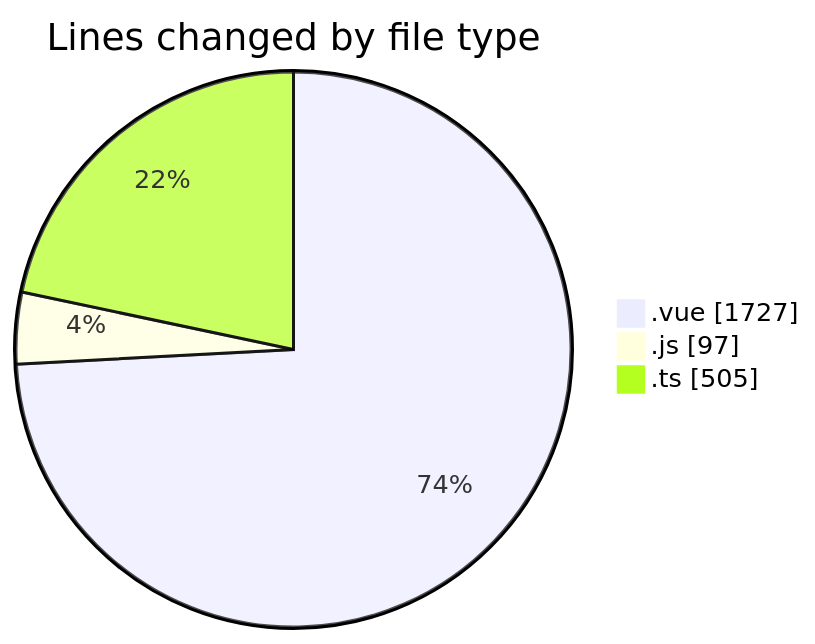
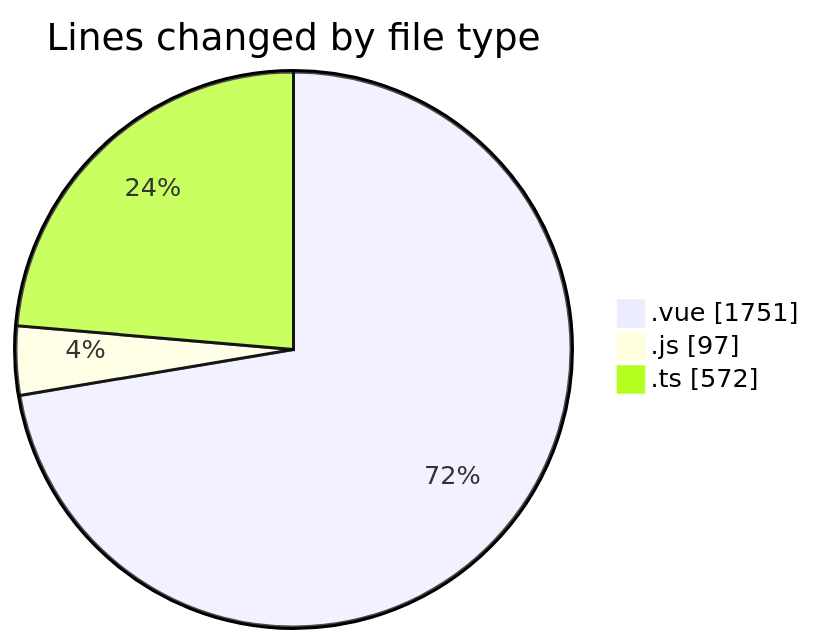
One commit to lephambinh05/code-tracking changed the first of 2 diagrams in 2025-08-12/rentotp/README.md. Above: the diagram before and after it, drawn with Mermaid. The commit also changed other lines of this file and 1 other file, not shown here.

````diff
--- a/2025-08-12/rentotp/README.md
+++ b/2025-08-12/rentotp/README.md
@@ -30,7 +31,7 @@
 ```mermaid
 pie showData
 title Lines changed by file type
-".vue" : 1727
+".vue" : 1751
 ".js" : 97
-".ts" : 505
+".ts" : 572
 ```
````
